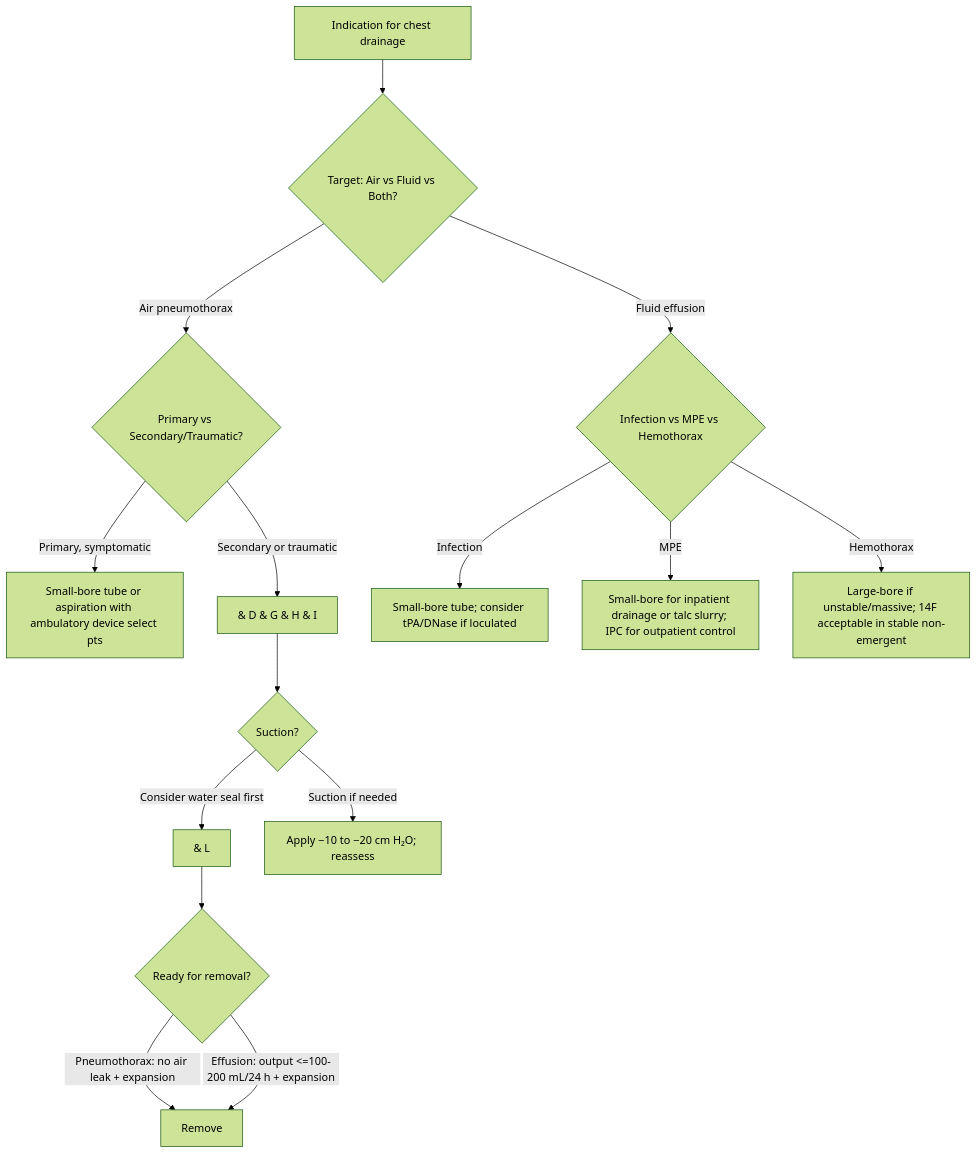
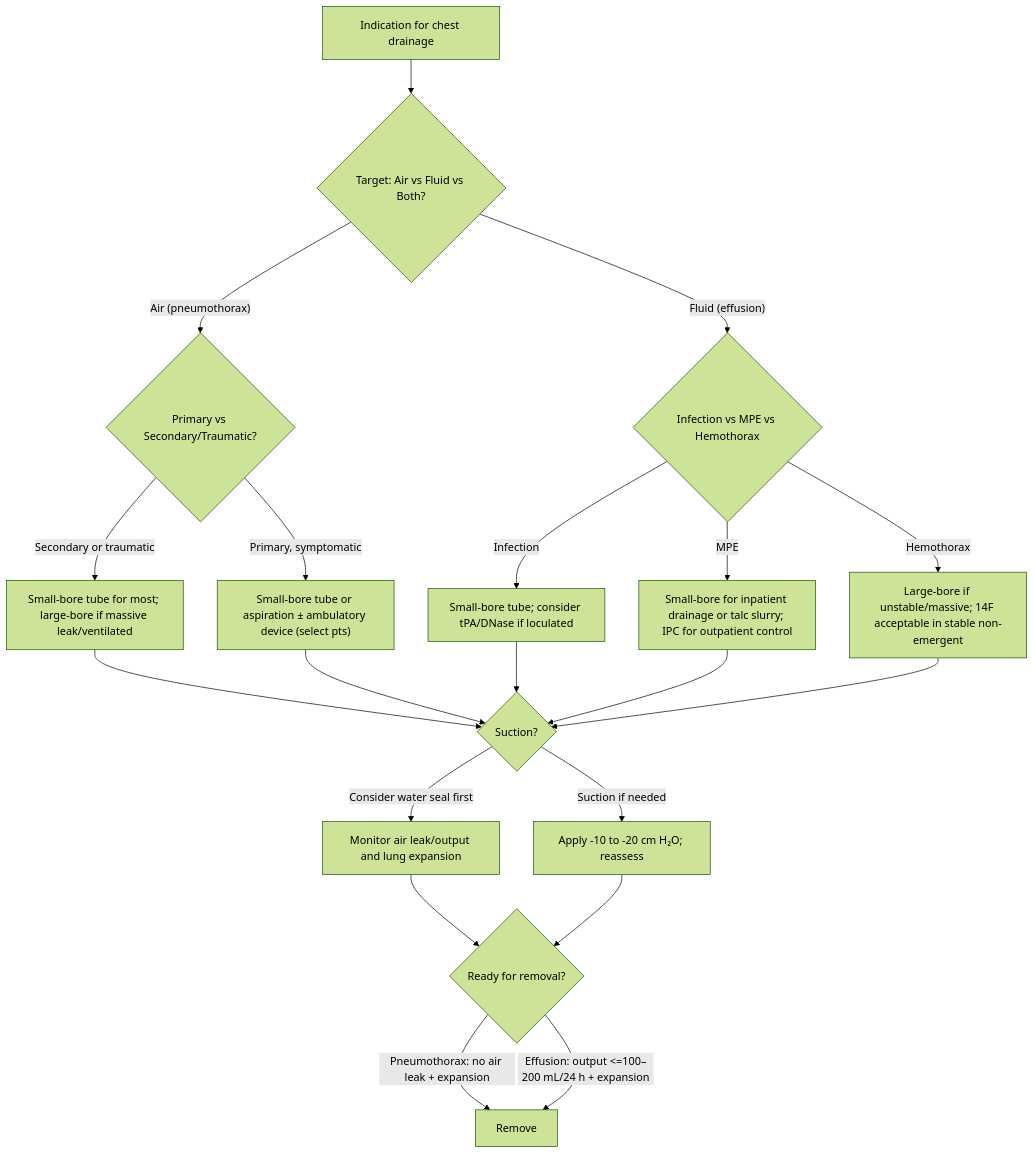
Before and after one commit to russellmiller49/Interventional-Pulm-Education-Project: the second of 2 diagrams in content/modules/board/pleural-effusions-and-pleural-interventions.mdx, drawn with Mermaid (forest theme). The commit also changed other lines of this file and 45 other files, not shown here.

````diff
--- a/content/modules/board/pleural-effusions-and-pleural-interventions.mdx
+++ b/content/modules/board/pleural-effusions-and-pleural-interventions.mdx
@@ -240,17 +178,17 @@
 ```mermaid
 flowchart TD
-A[Indication for chest drainage] --> B{Target: Air vs Fluid vs Both?}
-B -->|Air pneumothorax| C{Primary vs Secondary/Traumatic?}
-C -->|Primary, symptomatic| D[Small-bore tube or aspiration with ambulatory device select pts]
-C -->|Secondary or traumatic| E[Small-bore tube for most; large-bore if massive leak/ventilated]
-B -->|Fluid effusion| F{Infection vs MPE vs Hemothorax}
-F -->|Infection| G[Small-bore tube; consider tPA/DNase if loculated]
-F -->|MPE| H[Small-bore for inpatient drainage or talc slurry; IPC for outpatient control]
-F -->|Hemothorax| I[Large-bore if unstable/massive; 14F acceptable in stable non-emergent]
-E[& D & G & H & I] --> J{Suction?}
-J -->|Consider water seal first| K[Monitor air leak/output and lung expansion]
-J -->|Suction if needed| L[Apply −10 to −20 cm H₂O; reassess]
-K[& L] --> M{Ready for removal?}
-M -->|Pneumothorax: no air leak + expansion| N[Remove]
-M -->|Effusion: output &lt;=100-200 mL/24 h + expansion| N[Remove]
+        A["Indication for chest drainage"] --> B{"Target: Air vs Fluid vs Both?"}
+        B -- "Air (pneumothorax)" --> C{"Primary vs Secondary/Traumatic?"}
+        C -- "Primary, symptomatic" --> D["Small-bore tube or aspiration ± ambulatory device (select pts)"]
+        C -- "Secondary or traumatic" --> E["Small-bore tube for most; large-bore if massive leak/ventilated"]
+        B -- "Fluid (effusion)" --> F{"Infection vs MPE vs Hemothorax"}
+        F -- Infection --> G["Small-bore tube; consider tPA/DNase if loculated"]
+        F -- MPE --> H["Small-bore for inpatient drainage or talc slurry; IPC for outpatient control"]
+        F -- Hemothorax --> I["Large-bore if unstable/massive; 14F acceptable in stable non-emergent"]
+        E & D & G & H & I --> J{"Suction?"}
+        J -- "Consider water seal first" --> K["Monitor air leak/output and lung expansion"]
+        J -- "Suction if needed" --> L["Apply -10 to -20 cm H₂O; reassess"]
+        K & L --> M{"Ready for removal?"}
+        M -- "Pneumothorax: no air leak + expansion" --> N["Remove"]
+        M -- "Effusion: output <=100–200 mL/24 h + expansion" --> N["Remove"]
 ```
````
